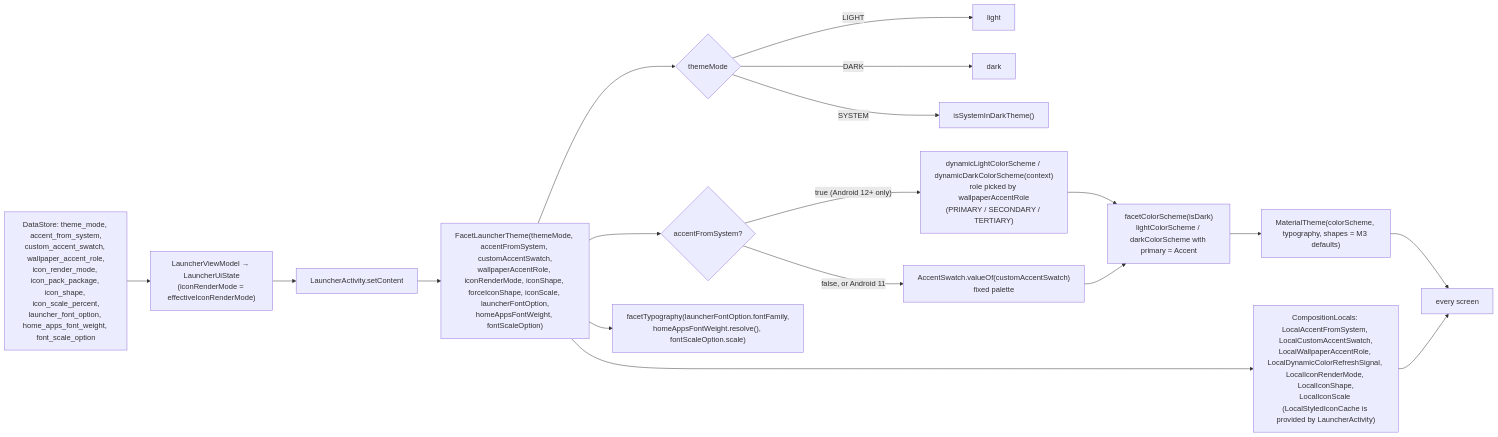
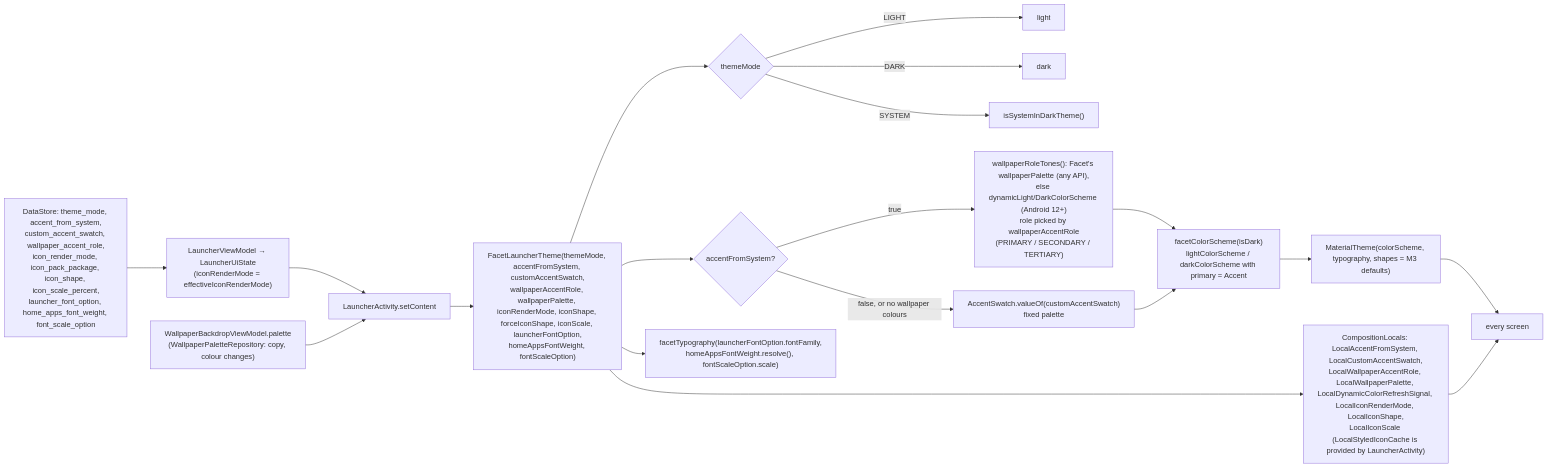
One commit to rohitganjam/facet-launcher changed the second of 5 diagrams in docs/architecture/13-flow-facets-theme-notifications-onboarding.md. Above: the diagram before and after it, drawn with Mermaid. The commit also changed other lines of this file and 20 other files, not shown here.

First line of the commit message:
Wallpaper colours from Facet's own wallpaper, with Material You on Android 11 too

````diff
--- a/docs/architecture/13-flow-facets-theme-notifications-onboarding.md
+++ b/docs/architecture/13-flow-facets-theme-notifications-onboarding.md
@@ -224,20 +224,21 @@
 ```mermaid
 flowchart LR
     DS["DataStore: theme_mode, accent_from_system,\ncustom_accent_swatch, wallpaper_accent_role,\nicon_render_mode, icon_pack_package, icon_shape, icon_scale_percent,\nlauncher_font_option, home_apps_font_weight, font_scale_option"] --> LVM["LauncherViewModel → LauncherUiState\n(iconRenderMode = effectiveIconRenderMode)"]
     LVM --> ACT["LauncherActivity.setContent"]
-    ACT --> T["FacetLauncherTheme(themeMode, accentFromSystem, customAccentSwatch,\nwallpaperAccentRole, iconRenderMode, iconShape, forceIconShape, iconScale, launcherFontOption,\nhomeAppsFontWeight, fontScaleOption)"]
+    WBV["WallpaperBackdropViewModel.palette\n(WallpaperPaletteRepository: copy, colour changes)"] --> ACT
+    ACT --> T["FacetLauncherTheme(themeMode, accentFromSystem, customAccentSwatch,\nwallpaperAccentRole, wallpaperPalette, iconRenderMode, iconShape, forceIconShape, iconScale, launcherFontOption,\nhomeAppsFontWeight, fontScaleOption)"]
     T --> DARK{"themeMode"}
     DARK -- LIGHT --> L[light]
     DARK -- DARK --> D[dark]
     DARK -- SYSTEM --> SYS["isSystemInDarkTheme()"]
     T --> ACC{"accentFromSystem?"}
-    ACC -- "true (Android 12+ only)" --> DYN["dynamicLightColorScheme / dynamicDarkColorScheme(context)\nrole picked by wallpaperAccentRole\n(PRIMARY / SECONDARY / TERTIARY)"]
-    ACC -- "false, or Android 11" --> SW["AccentSwatch.valueOf(customAccentSwatch)\nfixed palette"]
+    ACC -- "true" --> DYN["wallpaperRoleTones(): Facet's wallpaperPalette (any API),\nelse dynamicLight/DarkColorScheme (Android 12+)\nrole picked by wallpaperAccentRole\n(PRIMARY / SECONDARY / TERTIARY)"]
+    ACC -- "false, or no wallpaper colours" --> SW["AccentSwatch.valueOf(customAccentSwatch)\nfixed palette"]
     DYN --> CS["facetColorScheme(isDark)\nlightColorScheme / darkColorScheme with primary = Accent"]
     SW --> CS
     T --> TYPO["facetTypography(launcherFontOption.fontFamily,\nhomeAppsFontWeight.resolve(), fontScaleOption.scale)"]
     CS --> MT["MaterialTheme(colorScheme, typography, shapes = M3 defaults)"]
-    T --> LOCALS["CompositionLocals: LocalAccentFromSystem, LocalCustomAccentSwatch,\nLocalWallpaperAccentRole, LocalDynamicColorRefreshSignal, LocalIconRenderMode, LocalIconShape,\nLocalIconScale (LocalStyledIconCache is provided by LauncherActivity)"]
+    T --> LOCALS["CompositionLocals: LocalAccentFromSystem, LocalCustomAccentSwatch,\nLocalWallpaperAccentRole, LocalWallpaperPalette, LocalDynamicColorRefreshSignal, LocalIconRenderMode, LocalIconShape,\nLocalIconScale (LocalStyledIconCache is provided by LauncherActivity)"]
     MT --> APP[every screen]
     LOCALS --> APP
 ```
````
